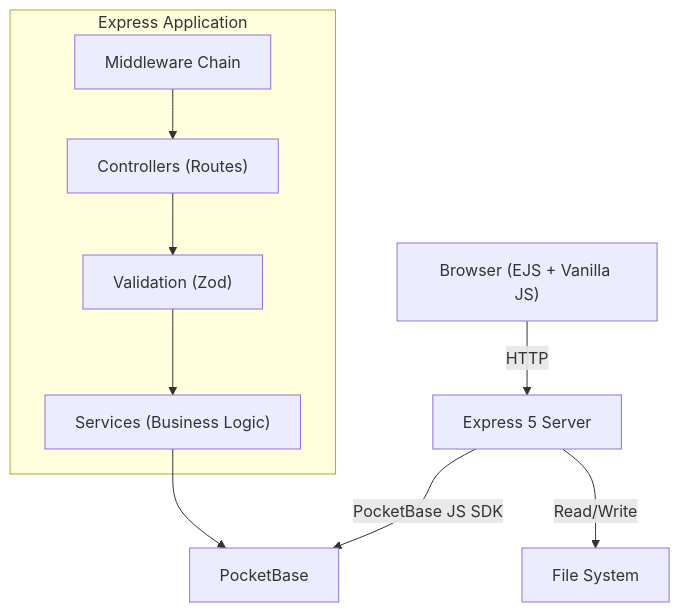
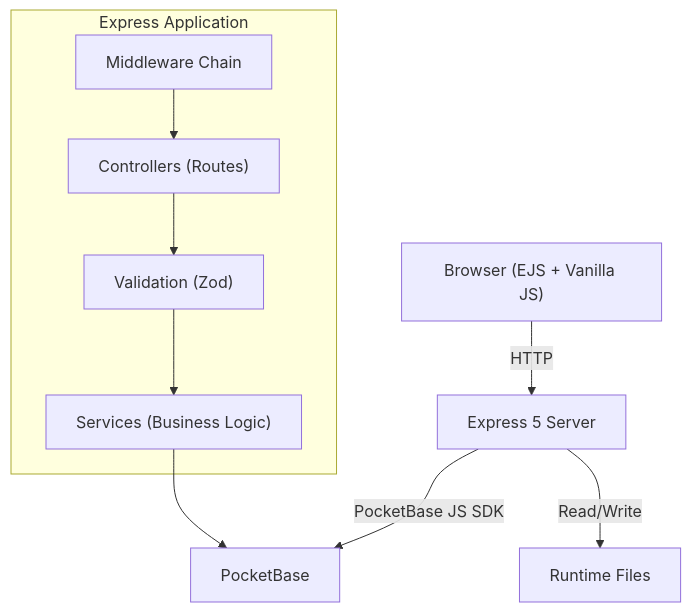
The first of 5 diagrams in docs/architecture.md (devAlphaSystem/Alpha-System-PocketDocs), drawn with Mermaid before and after one commit. The commit also changed other lines of this file and 67 other files, not shown here.

````diff
--- a/docs/architecture.md
+++ b/docs/architecture.md
@@ -7,21 +7,21 @@
 ```mermaid
 graph TD
     Browser["Browser (EJS + Vanilla JS)"]
     Express["Express 5 Server"]
     PB["PocketBase"]
-    FS["File System"]
+    FS["Runtime Files"]
 
     Browser -->|HTTP| Express
     Express -->|PocketBase JS SDK| PB
     Express -->|Read/Write| FS
 
     subgraph Express Application
         MW["Middleware Chain"]
         Ctrl["Controllers (Routes)"]
         Svc["Services (Business Logic)"]
         Val["Validation (Zod)"]
     end
 
     MW --> Ctrl --> Val --> Svc
     Svc --> PB
 ```
````
